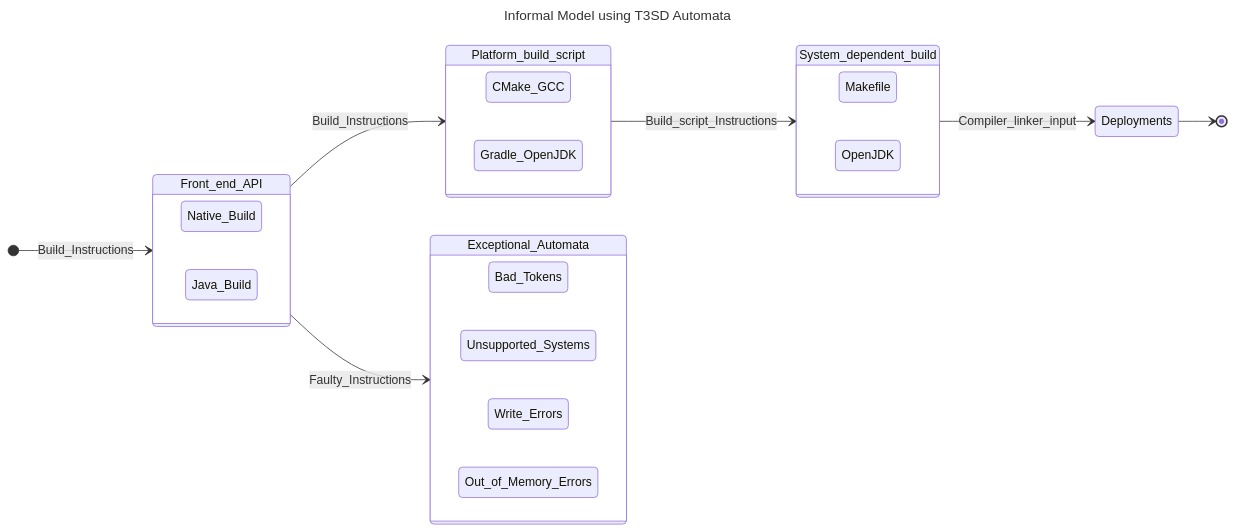
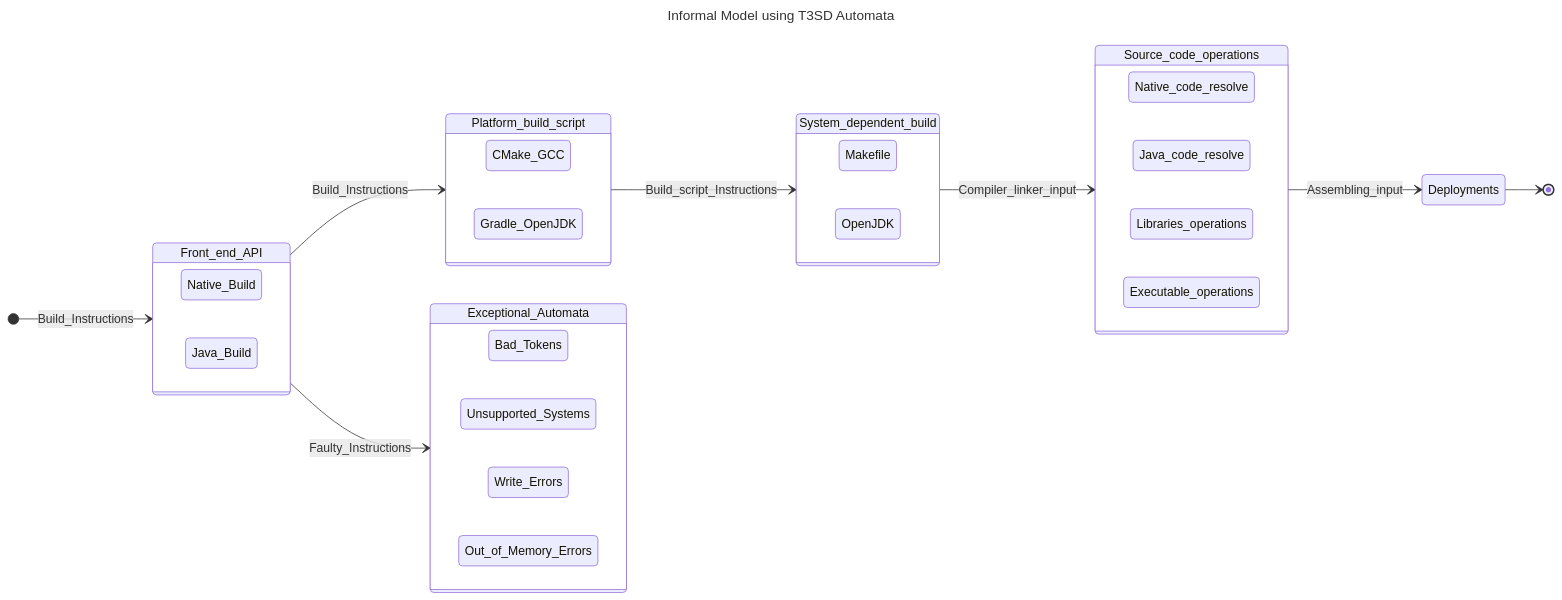
Before and after one commit to Electrostat-Lab/Electrostatic-Sandbox: the diagram in electrostatic-sandbox-framework/docs/system-build/architecture.md, drawn with Mermaid.

````diff
--- a/electrostatic-sandbox-framework/docs/system-build/architecture.md
+++ b/electrostatic-sandbox-framework/docs/system-build/architecture.md
@@ -31,37 +31,45 @@
 ```mermaid
 ---
 title: Informal Model using T3SD Automata 
 ---
 stateDiagram
     direction LR
     state Front_end_API {
       direction LR
       Native_Build
       Java_Build
     }
     state Platform_build_script {
       direction LR
       CMake_GCC
       Gradle_OpenJDK
     }
     state System_dependent_build {
       direction LR
       Makefile
       OpenJDK
     }
+    state Source_code_operations {
+      direction LR
+      Native_code_resolve
+      Java_code_resolve
+      Libraries_operations
+      Executable_operations
+    }
     state Exceptional_Automata {
       direction LR
       Bad_Tokens
       Unsupported_Systems
       Write_Errors
       Out_of_Memory_Errors
     }
     Deployments
     [*] --> Front_end_API :Build_Instructions
     Front_end_API --> Platform_build_script :Build_Instructions
     Front_end_API --> Exceptional_Automata :Faulty_Instructions
     
     Platform_build_script --> System_dependent_build :Build_script_Instructions
-    System_dependent_build --> Deployments :Compiler_linker_input
+    System_dependent_build --> Source_code_operations :Compiler_linker_input
+    Source_code_operations --> Deployments :Assembling_input
     Deployments --> [*]
 ```
````
